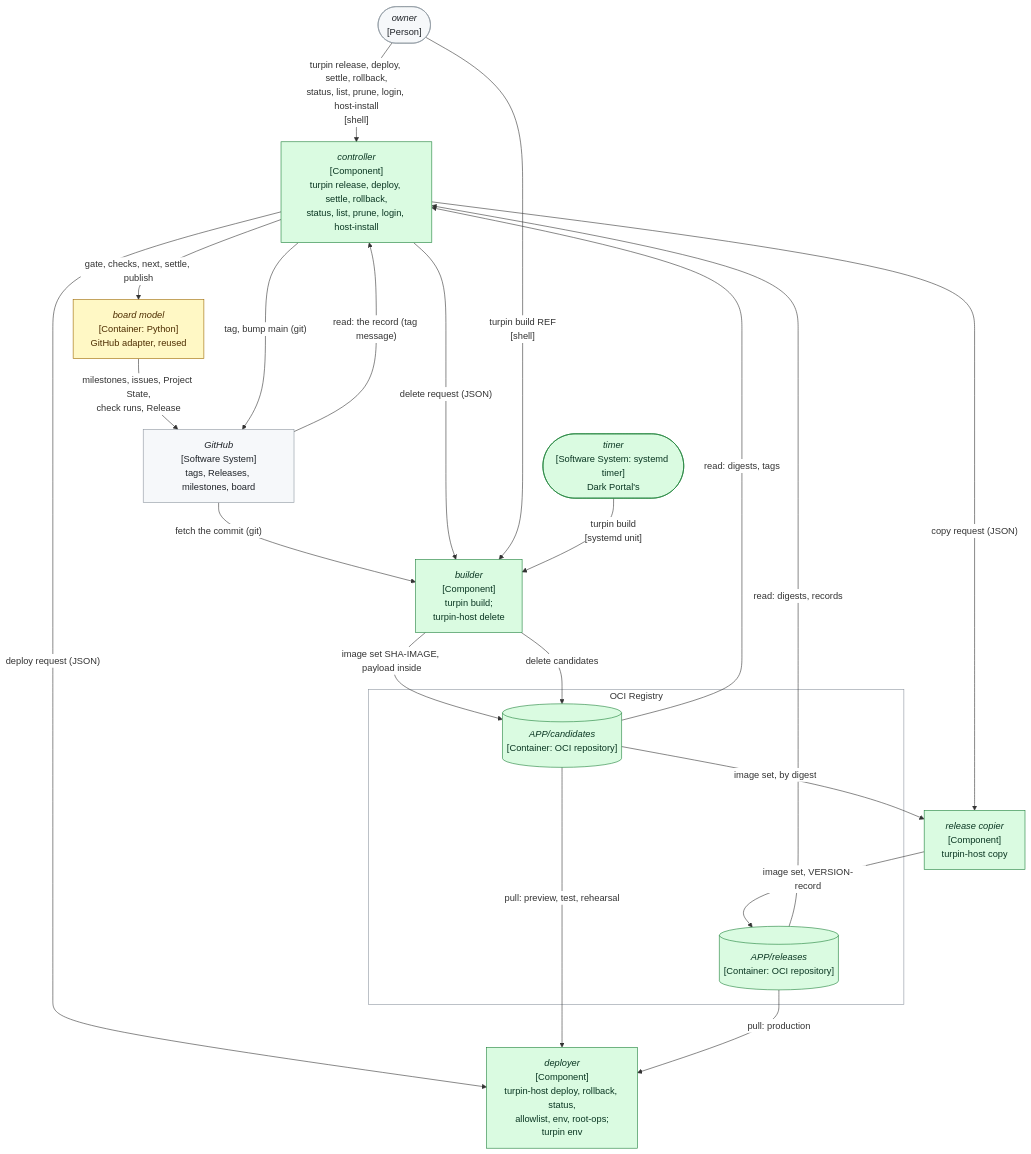
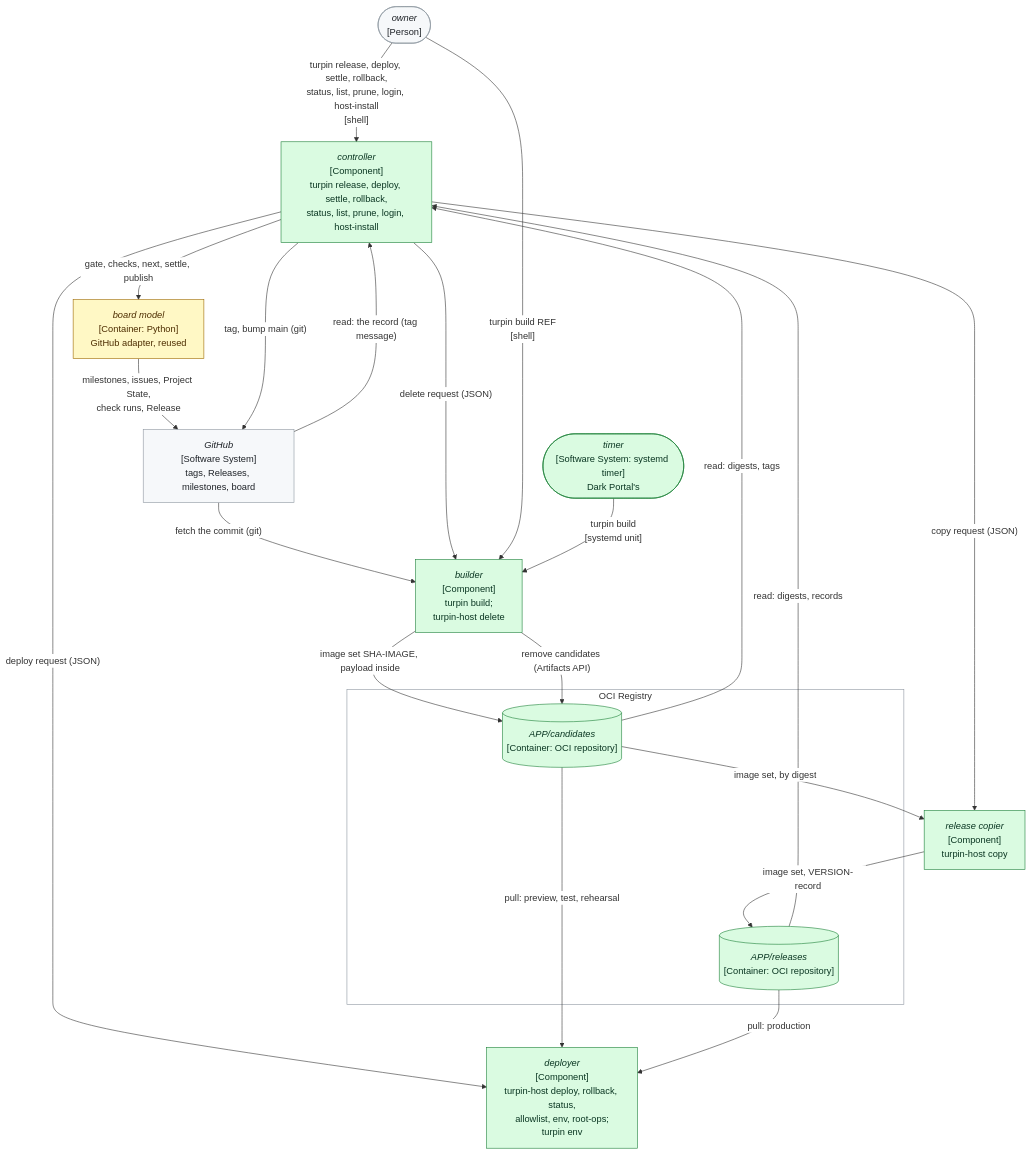
The first of 10 diagrams in records/2.5-changes/programme-tooling/117-generic-deliver-tool/design.md (delphside/programme), drawn with Mermaid before and after one commit. The commit also changed other lines of this file, not shown here.

````diff
--- a/records/2.5-changes/programme-tooling/117-generic-deliver-tool/design.md
+++ b/records/2.5-changes/programme-tooling/117-generic-deliver-tool/design.md
@@ -132,41 +132,41 @@
 ```mermaid
 %%{init: {"themeVariables": {"clusterBkg": "#ffffff", "clusterBorder": "#8c959f", "edgeLabelBackground": "#ffffff"}}}%%
 flowchart TB
   OWN(["<i>owner</i><br>[Person]"])
   TIMER(["<i>timer</i><br>[Software System: systemd timer]<br>Dark Portal's"])
   CTL["<i>controller</i><br>[Component]<br>turpin release, deploy, settle, rollback,<br>status, list, prune, login, host-install"]
   BLD["<i>builder</i><br>[Component]<br>turpin build;<br>turpin-host delete"]
   COPY["<i>release copier</i><br>[Component]<br>turpin-host copy"]
   DEP["<i>deployer</i><br>[Component]<br>turpin-host deploy, rollback, status,<br>allowlist, env, root-ops;<br>turpin env"]
   subgraph OCIR["OCI Registry"]
     CAND[("<i>APP/candidates</i><br>[Container: OCI repository]")]
     REL[("<i>APP/releases</i><br>[Container: OCI repository]")]
   end
   GH["<i>GitHub</i><br>[Software System]<br>tags, Releases, milestones, board"]
   BM["<i>board model</i><br>[Container: Python]<br>GitHub adapter, reused"]
   CTL -->|"gate, checks, next, settle, publish"| BM
   BM -->|"milestones, issues, Project State,<br>check runs, Release"| GH
   BLD -->|"image set SHA-IMAGE, payload inside"| CAND
   GH -->|"fetch the commit (git)"| BLD
   CAND -->|"read: digests, tags"| CTL
   REL -->|"read: digests, records"| CTL
   CTL -->|"delete request (JSON)"| BLD
-  BLD -->|"delete candidates"| CAND
+  BLD -->|"remove candidates (Artifacts API)"| CAND
   CTL -->|"copy request (JSON)"| COPY
   CAND -->|"image set, by digest"| COPY
   COPY -->|"image set, VERSION-record"| REL
   CTL -->|"deploy request (JSON)"| DEP
   CAND -->|"pull: preview, test, rehearsal"| DEP
   REL -->|"pull: production"| DEP
   CTL -->|"tag, bump main (git)"| GH
   GH -->|"read: the record (tag message)"| CTL
   OWN -->|"turpin release, deploy, settle, rollback,<br>status, list, prune, login, host-install<br>[shell]"| CTL
   OWN -->|"turpin build REF<br>[shell]"| BLD
   TIMER -->|"turpin build<br>[systemd unit]"| BLD
   classDef unchanged    fill:#f6f8fa,stroke:#8c959f,color:#1f2328
   classDef new          fill:#dafbe1,stroke:#1a7f37,color:#0a3622
   classDef changed      fill:#fff8c5,stroke:#9a6700,color:#4d2d00
   class TIMER,CTL,BLD,COPY,DEP,CAND,REL new
   class BM changed
   class OWN,GH unchanged
 ```
````
